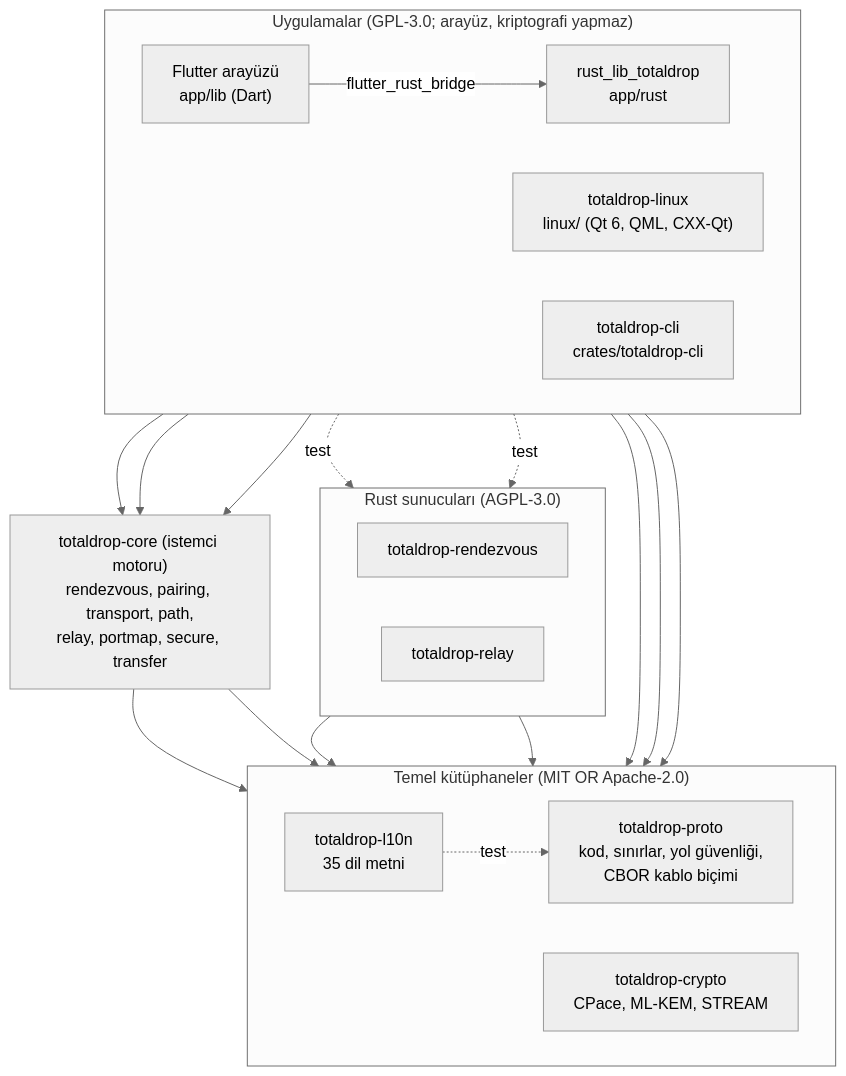
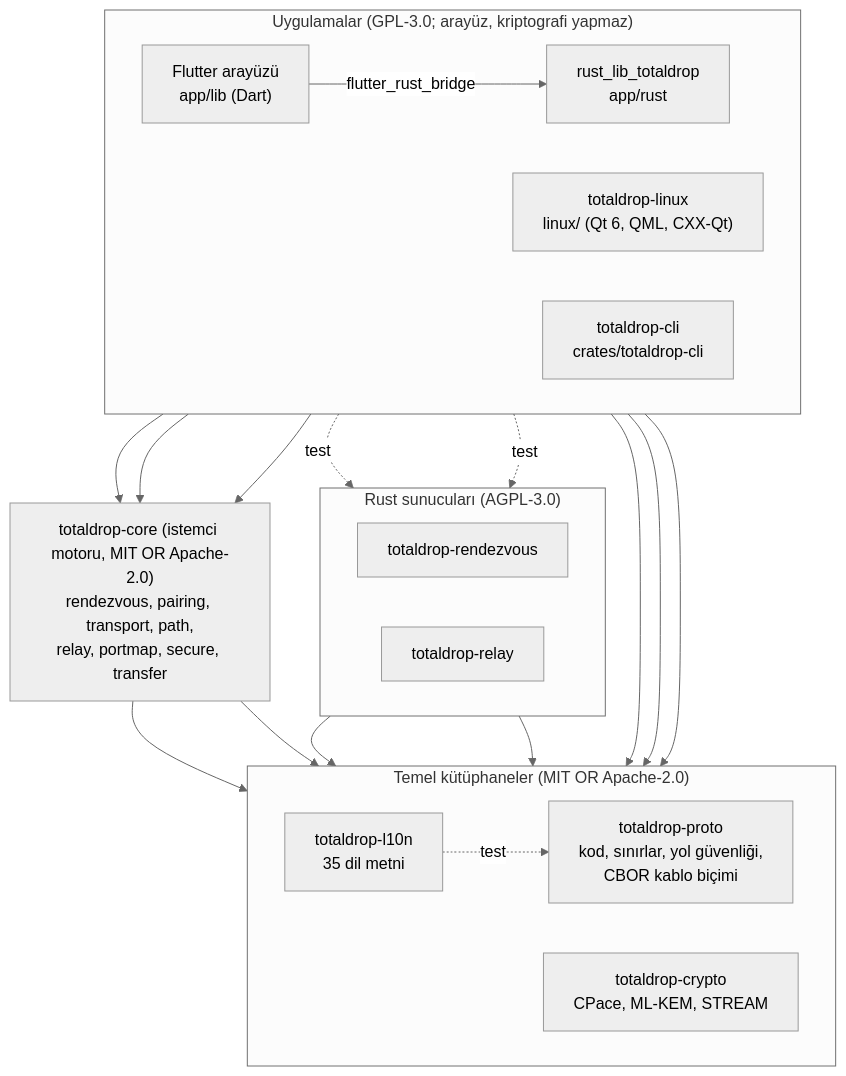
The first of 3 diagrams in docs/ARCHITECTURE.md (totaldrop-app/totaldrop), drawn with Mermaid (neutral theme) before and after one commit. The commit also changed other lines of this file and 5 other files, not shown here.

First line of the commit message:
fix: act on the review of the architecture map (#431)

````diff
--- a/docs/ARCHITECTURE.md
+++ b/docs/ARCHITECTURE.md
@@ -34,37 +34,37 @@
 ```mermaid
 flowchart TB
   subgraph UI["Uygulamalar (GPL-3.0; arayüz, kriptografi yapmaz)"]
     direction LR
     DART["Flutter arayüzü<br/>app/lib (Dart)"]
     AND["rust_lib_totaldrop<br/>app/rust"]
     LNX["totaldrop-linux<br/>linux/ (Qt 6, QML, CXX-Qt)"]
     CLI["totaldrop-cli<br/>crates/totaldrop-cli"]
   end
-  CORE["totaldrop-core (istemci motoru)<br/>rendezvous, pairing, transport, path,<br/>relay, portmap, secure, transfer"]
+  CORE["totaldrop-core (istemci motoru, MIT OR Apache-2.0)<br/>rendezvous, pairing, transport, path,<br/>relay, portmap, secure, transfer"]
   subgraph BASE["Temel kütüphaneler (MIT OR Apache-2.0)"]
     direction LR
     L10N["totaldrop-l10n<br/>35 dil metni"]
     CRYPTO["totaldrop-crypto<br/>CPace, ML-KEM, STREAM"]
     PROTO["totaldrop-proto<br/>kod, sınırlar, yol güvenliği,<br/>CBOR kablo biçimi"]
   end
   subgraph SRV["Rust sunucuları (AGPL-3.0)"]
     direction LR
     RZR["totaldrop-rendezvous"]
     RLR["totaldrop-relay"]
   end
 
   DART -- "flutter_rust_bridge" --> AND
   AND --> CORE
   LNX --> CORE
   CLI --> CORE
   AND --> L10N
   LNX --> L10N
   CLI --> L10N
   CORE --> CRYPTO
   CORE --> PROTO
   RZR --> PROTO
   RLR --> PROTO
   CLI -. "test" .-> RZR
   CLI -. "test" .-> RLR
   L10N -. "test" .-> PROTO
 ```
````
